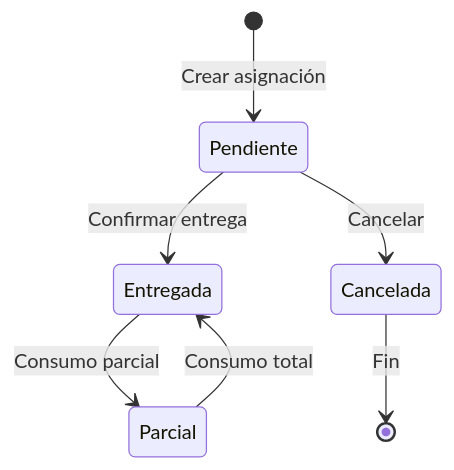
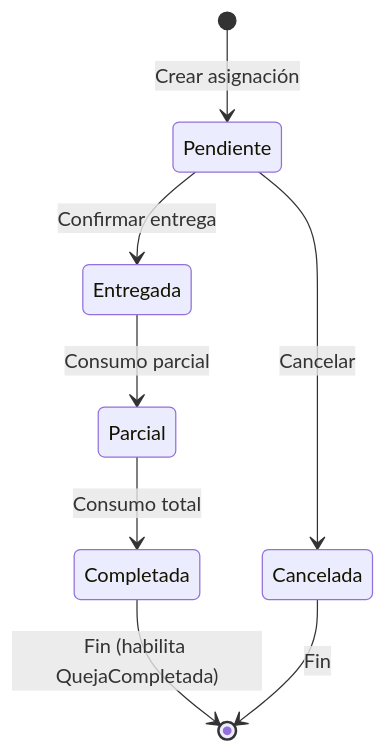
The third of 4 diagrams in docs/09_state_machines.es.md (ybotet/SISGAD5_1.0), drawn with Mermaid before and after one commit. The commit also changed other lines of this file and 1 other file, not shown here.

First line of the commit message:
docs(09): maquinas de estado v2.0 — estado Completada, roles Probador/Supervisor/Analista materiales

````diff
--- a/docs/09_state_machines.es.md
+++ b/docs/09_state_machines.es.md
@@ -153,9 +182,10 @@
 ```mermaid
 stateDiagram-v2
     [*] --> Pendiente: Crear asignación
     Pendiente --> Entregada: Confirmar entrega
     Pendiente --> Cancelada: Cancelar
     Entregada --> Parcial: Consumo parcial
-    Parcial --> Entregada: Consumo total
+    Parcial --> Completada: Consumo total
+    Completada --> [*]: Fin (habilita QuejaCompletada)
     Cancelada --> [*]: Fin
 ```
````
